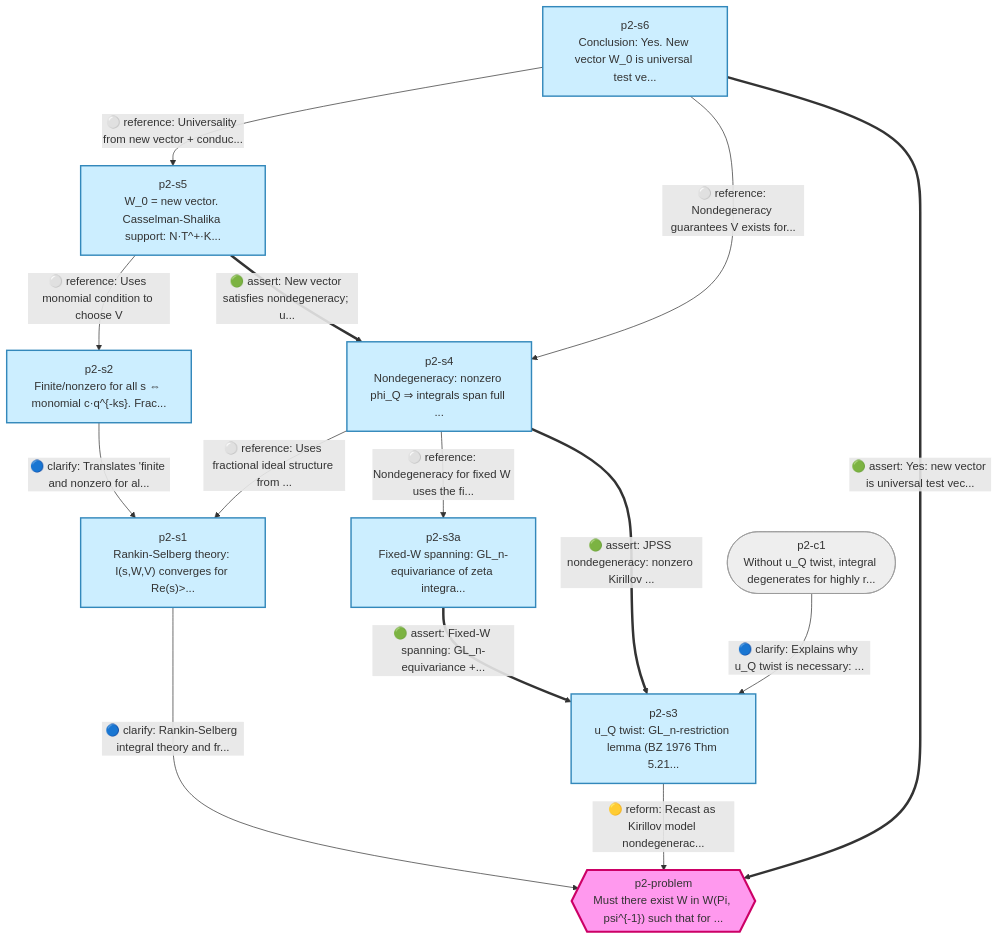
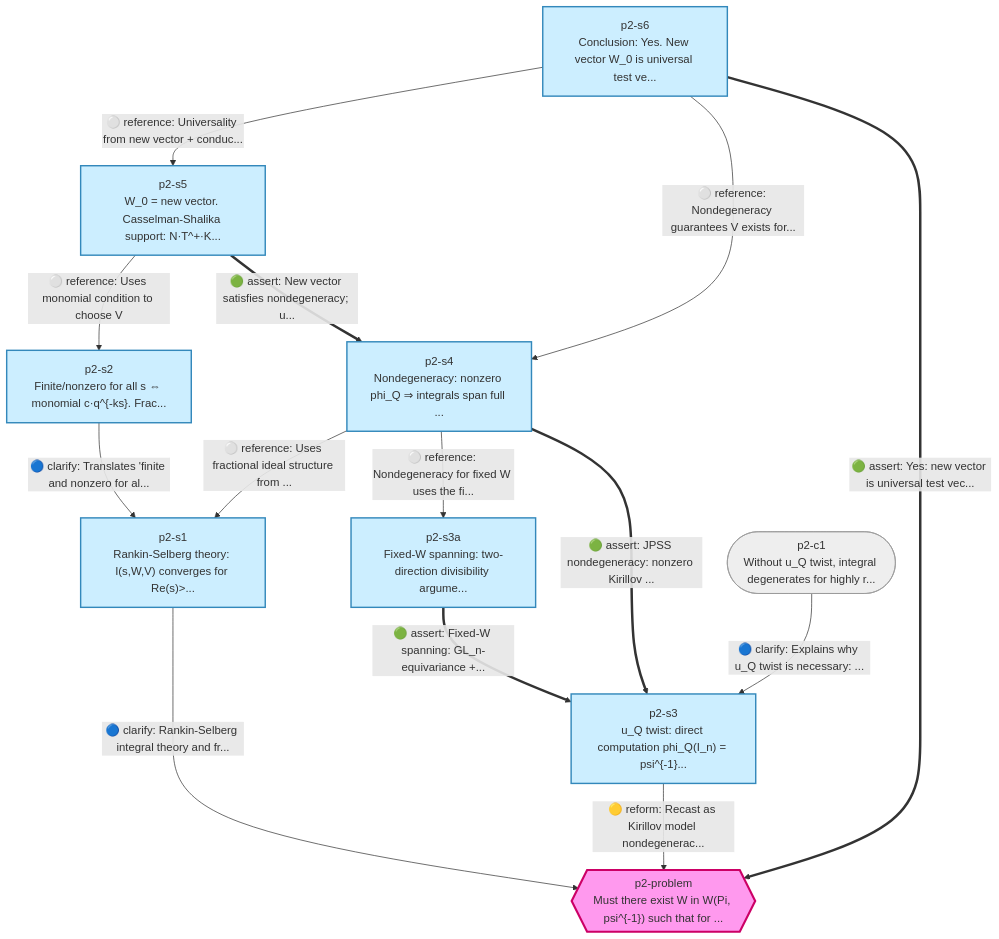
One commit to tothedarktowercame/futon6 changed the diagram in data/first-proof/problem2-v2.mmd. Above: the diagram before and after it, drawn with Mermaid. The commit also changed 5 other files, not shown here.

```diff
--- a/data/first-proof/problem2-v2.mmd
+++ b/data/first-proof/problem2-v2.mmd
@@ -1,45 +1,45 @@
 flowchart TD
     %% first-proof-p2 v2 — post-reviewer fixes
     %% Changes from v1: new node p2-s3a (fixed-W spanning lemma),
     %% updated p2-s3 (GL_n-restriction lemma replacing bare Kirillov injectivity),
     %% p2-s3a (GL_n-equivariance argument replacing orbit claim),
     %% p2-s2 (PID algebra), p2-s4 (references s3a), p2-s5 (Casselman-Shalika),
     %% 2 new edges (s3a->s3, s4->s3a)
 
     %% Edge type legend:
     %% assert=solid thick  challenge=dashed red  reform=solid yellow
     %% clarify=solid blue  exemplify=dashed purple  reference=solid gray
 
     %% Nodes
     p2-problem{{"p2-problem<br/>Must there exist W in W(Pi, psi^{-1}) such that for ..."}}
     p2-s1["p2-s1<br/>Rankin-Selberg theory: I(s,W,V) converges for Re(s)>..."]
     p2-s2["p2-s2<br/>Finite/nonzero for all s ⇔ monomial c·q^{-ks}. Frac..."]
-    p2-s3["p2-s3<br/>u_Q twist: GL_n-restriction lemma (BZ 1976 Thm 5.21..."]
-    p2-s3a["p2-s3a<br/>Fixed-W spanning: GL_n-equivariance of zeta integra..."]
+    p2-s3["p2-s3<br/>u_Q twist: direct computation phi_Q(I_n) = psi^{-1}..."]
+    p2-s3a["p2-s3a<br/>Fixed-W spanning: two-direction divisibility argume..."]
     p2-s4["p2-s4<br/>Nondegeneracy: nonzero phi_Q ⇒ integrals span full ..."]
     p2-s5["p2-s5<br/>W_0 = new vector. Casselman-Shalika support: N·T^+·K..."]
     p2-s6["p2-s6<br/>Conclusion: Yes. New vector W_0 is universal test ve..."]
     p2-c1(["p2-c1<br/>Without u_Q twist, integral degenerates for highly r..."])
 
     %% Edges
     p2-s1 -->|"🔵 clarify: Rankin-Selberg integral theory and fr..."| p2-problem
     p2-s2 -->|"🔵 clarify: Translates 'finite and nonzero for al..."| p2-s1
     p2-s3 -->|"🟡 reform: Recast as Kirillov model nondegenerac..."| p2-problem
     p2-s3a ==>|"🟢 assert: Fixed-W spanning: GL_n-equivariance +..."| p2-s3
     p2-s4 -->|"⚪ reference: Nondegeneracy for fixed W uses the fi..."| p2-s3a
     p2-s4 ==>|"🟢 assert: JPSS nondegeneracy: nonzero Kirillov ..."| p2-s3
     p2-s4 -->|"⚪ reference: Uses fractional ideal structure from ..."| p2-s1
     p2-s5 ==>|"🟢 assert: New vector satisfies nondegeneracy; u..."| p2-s4
     p2-s5 -->|"⚪ reference: Uses monomial condition to choose V"| p2-s2
     p2-s6 ==>|"🟢 assert: Yes: new vector is universal test vec..."| p2-problem
     p2-s6 -->|"⚪ reference: Universality from new vector + conduc..."| p2-s5
     p2-s6 -->|"⚪ reference: Nondegeneracy guarantees V exists for..."| p2-s4
     p2-c1 -->|"🔵 clarify: Explains why u_Q twist is necessary: ..."| p2-s3
 
     %% Styling
     classDef question fill:#f9e,stroke:#c06,stroke-width:3px
     class p2-problem question
     classDef answer fill:#cef,stroke:#38b,stroke-width:2px
     class p2-s1,p2-s2,p2-s3,p2-s3a,p2-s4,p2-s5,p2-s6 answer
     classDef comment fill:#eee,stroke:#999,stroke-width:1px
     class p2-c1 comment
```
